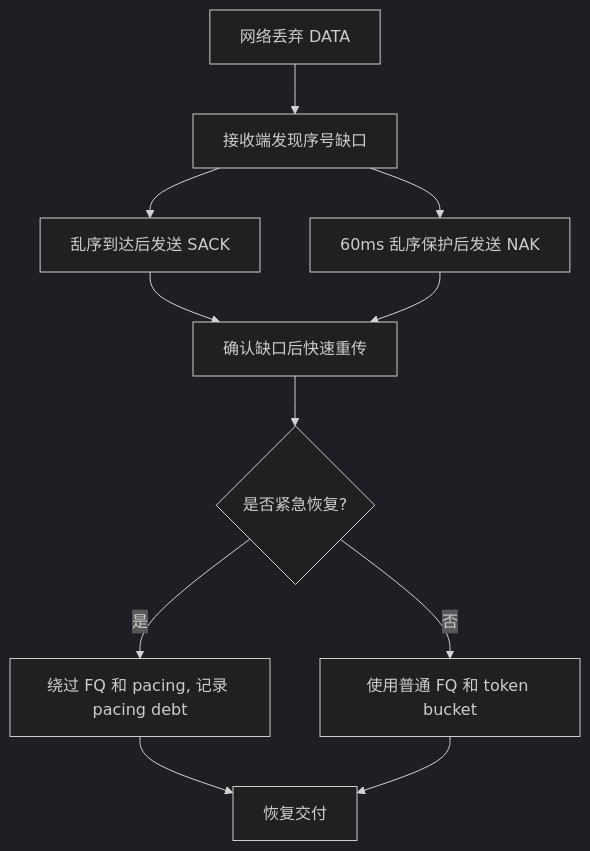
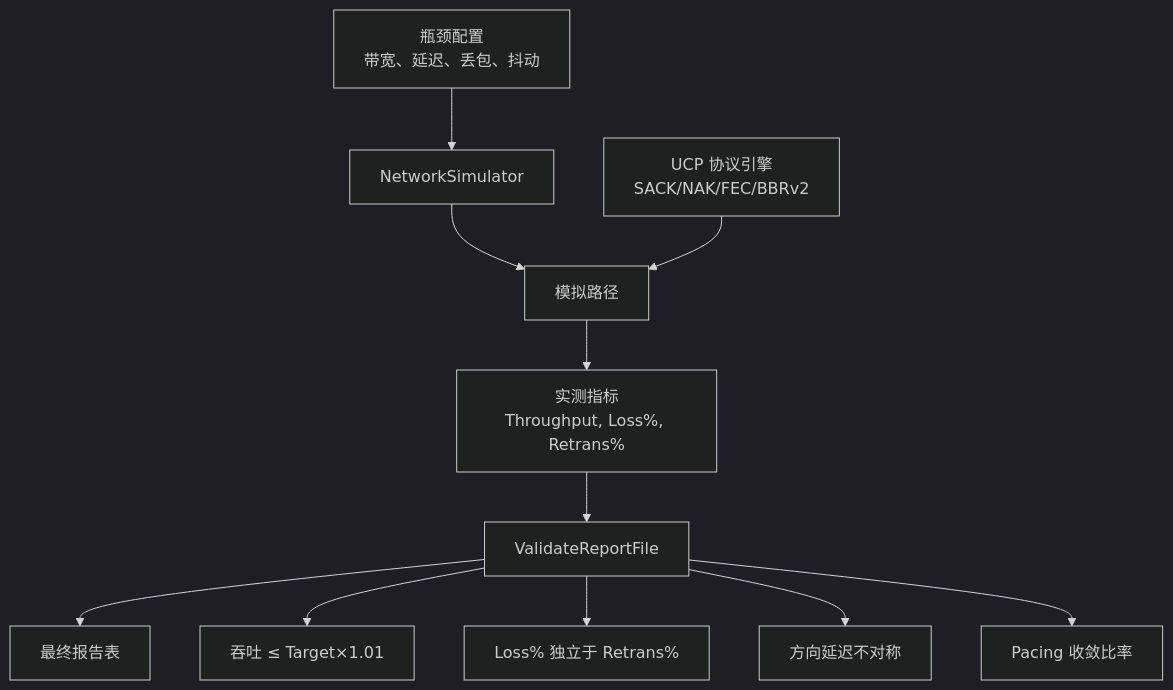
The first of 4 diagrams in docs/performance_CN.md (liulilittle/ucp), drawn with Mermaid (dark theme) before and after one commit. The commit also changed other lines of this file and 17 other files, not shown here.

````diff
--- a/docs/performance_CN.md
+++ b/docs/performance_CN.md
@@ -68,13 +17,14 @@
 ```mermaid
 flowchart TD
-    L[网络丢弃 DATA] --> A[接收端发现序号缺口]
-    A --> S[乱序到达后发送 SACK]
-    A --> N[60ms 乱序保护后发送 NAK]
-    S --> F[确认缺口后快速重传]
-    N --> F
-    F --> U{是否紧急恢复?}
-    U -->|是| Bypass[绕过 FQ 和 pacing, 记录 pacing debt]
-    U -->|否| Smooth[使用普通 FQ 和 token bucket]
-    Bypass --> D[恢复交付]
-    Smooth --> D
+    Config[瓶颈配置<br/>带宽、延迟、丢包、抖动] --> Sim[NetworkSimulator]
+    Sim --> Net[模拟路径]
+    UCP[UCP 协议引擎<br/>SACK/NAK/FEC/BBRv2] --> Net
+    Net --> Metrics[实测指标<br/>Throughput, Loss%, Retrans%]
+    Metrics --> Validate[ValidateReportFile]
+    Validate --> Report[最终报告表]
+
+    Validate --> Check1[吞吐 ≤ Target×1.01]
+    Validate --> Check2[Loss% 独立于 Retrans%]
+    Validate --> Check3[方向延迟不对称]
+    Validate --> Check4[Pacing 收敛比率]
 ```
````
